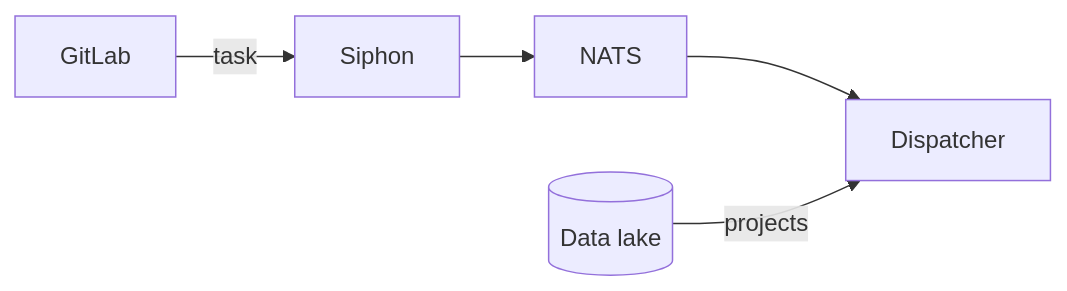
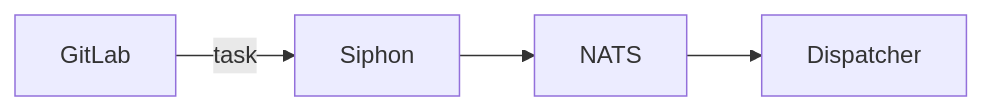
The second of 7 diagrams in docs/pages/engineering/architecture/indexing/code-indexing.md (gitlabhq/orbit-knowledge-graph), drawn with Mermaid before and after one commit. The commit also changed other lines of this file and 8 other files, not shown here.

Commit message:
docs(testing): rewrite the end-to-end page and use banner diagrams

````diff
--- a/docs/pages/engineering/architecture/indexing/code-indexing.md
+++ b/docs/pages/engineering/architecture/indexing/code-indexing.md
@@ -37,5 +36,4 @@
 ```mermaid
 flowchart LR
     GitLab -- task --> Siphon --> NATS --> D[Dispatcher]
-    Lake[(Data lake)] -- projects --> D
 ```
````
